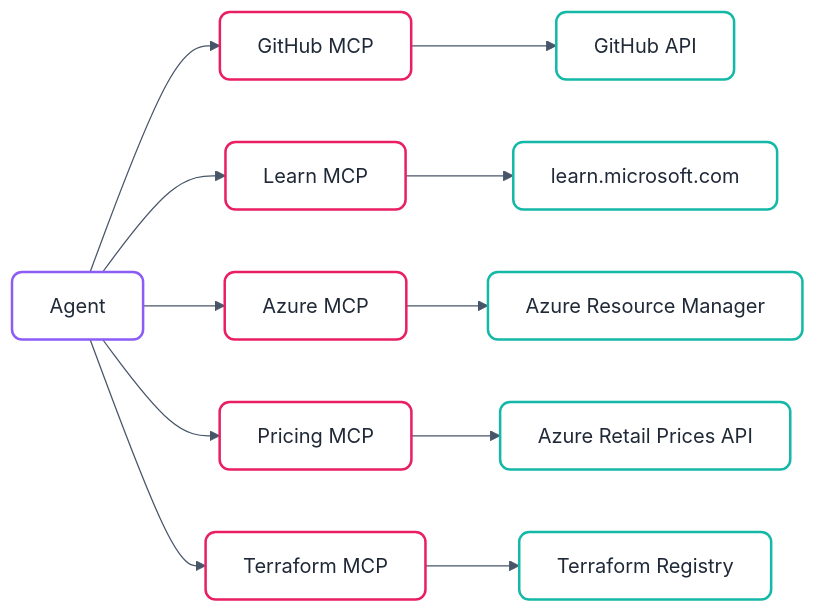
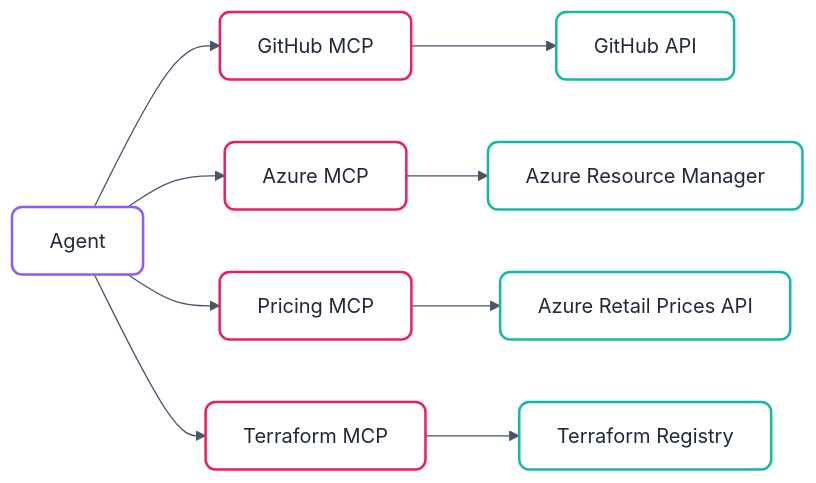
One commit to jungho/azure-agentic-infraops changed the diagram in docs/how-it-works/mcp-integration.md. Above: the diagram before and after it, drawn with Mermaid. The commit also changed other lines of this file and 188 other files, not shown here.

First line of the commit message:
chore: remove microsoft-learn MCP, agent improvements, nordic-fresh-foods e2e, deploy reliability fix (#233)

````diff
--- a/docs/how-it-works/mcp-integration.md
+++ b/docs/how-it-works/mcp-integration.md
@@ -19,34 +19,32 @@
 ```mermaid
 %%{
   init: {
     'theme': 'base',
     'themeVariables': {
       'primaryColor': '#ffffff',
       'primaryTextColor': '#333333',
       'primaryBorderColor': '#14b8a6',
       'lineColor': '#475569',
       'fontFamily': 'ui-sans-serif, system-ui, -apple-system, sans-serif'
     },
     'flowchart': {
       'curve': 'basis',
       'nodeSpacing': 50,
       'rankSpacing': 50
     }
   }
 }%%
 flowchart LR
     classDef default fill:#ffffff,stroke:#14b8a6,stroke-width:2px,color:#1f2937,rx:8px,ry:8px;
     classDef agent fill:#ffffff,stroke:#8b5cf6,stroke-width:2px,color:#1f2937,rx:8px,ry:8px;
     classDef mcp fill:#ffffff,stroke:#e91e63,stroke-width:2px,color:#1f2937,rx:8px,ry:8px;
 
     A["Agent"]:::agent --> M1["GitHub MCP"]:::mcp
-    A --> M2["Learn MCP"]:::mcp
     A --> M3["Azure MCP"]:::mcp
     A --> M4["Pricing MCP"]:::mcp
     A --> M5["Terraform MCP"]:::mcp
     M1 --> G["GitHub API"]
-    M2 --> L["learn.microsoft.com"]
     M3 --> AZ["Azure Resource Manager"]
     M4 --> P["Azure Retail Prices API"]
     M5 --> T["Terraform Registry"]
 ```
````
